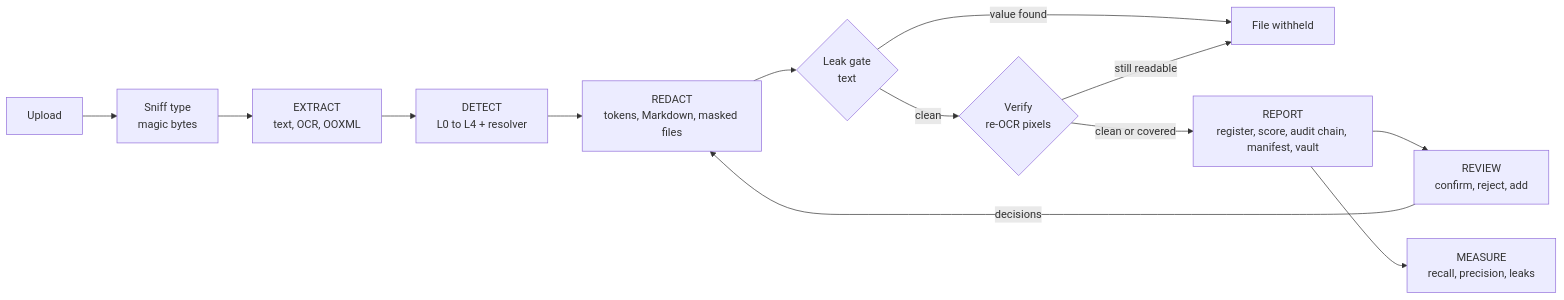
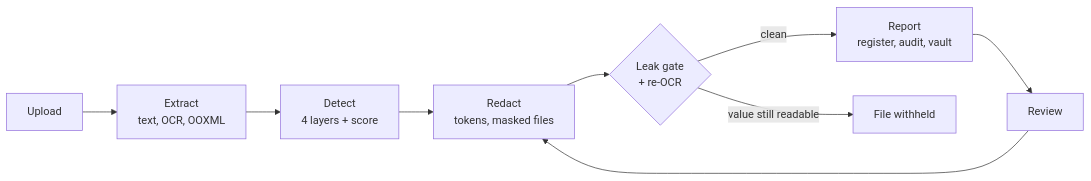
The diagram in README.md (krishjain-2301/optiv), drawn with Mermaid before and after one commit. The commit also changed other lines of this file and 1 other file, not shown here.

````diff
--- a/README.md
+++ b/README.md
@@ -106,15 +40,10 @@
 ```mermaid
 flowchart LR
-    A[Upload] --> B[Sniff type<br/>magic bytes]
-    B --> C[EXTRACT<br/>text, OCR, OOXML]
-    C --> D[DETECT<br/>L0 to L4 + resolver]
-    D --> E[REDACT<br/>tokens, Markdown, masked files]
-    E --> G{Leak gate<br/>text}
-    G -- clean --> V{Verify<br/>re-OCR pixels}
-    G -- value found --> X[File withheld]
-    V -- clean or covered --> F[REPORT<br/>register, score, audit chain, manifest, vault]
-    V -- still readable --> X
-    F --> R[REVIEW<br/>confirm, reject, add]
-    R -- decisions --> E
-    F --> H[MEASURE<br/>recall, precision, leaks]
+    A[Upload] --> C[Extract<br/>text, OCR, OOXML]
+    C --> D[Detect<br/>4 layers + score]
+    D --> E[Redact<br/>tokens, masked files]
+    E --> G{Leak gate<br/>+ re-OCR}
+    G -- clean --> F[Report<br/>register, audit, vault]
+    G -- value still readable --> X[File withheld]
+    F --> R[Review] --> E
 ```
````
